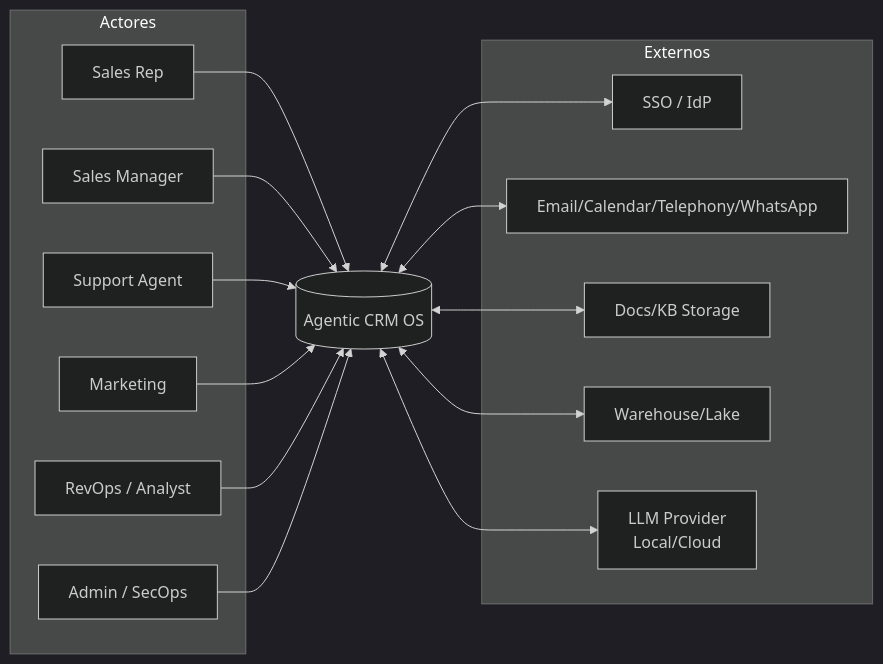
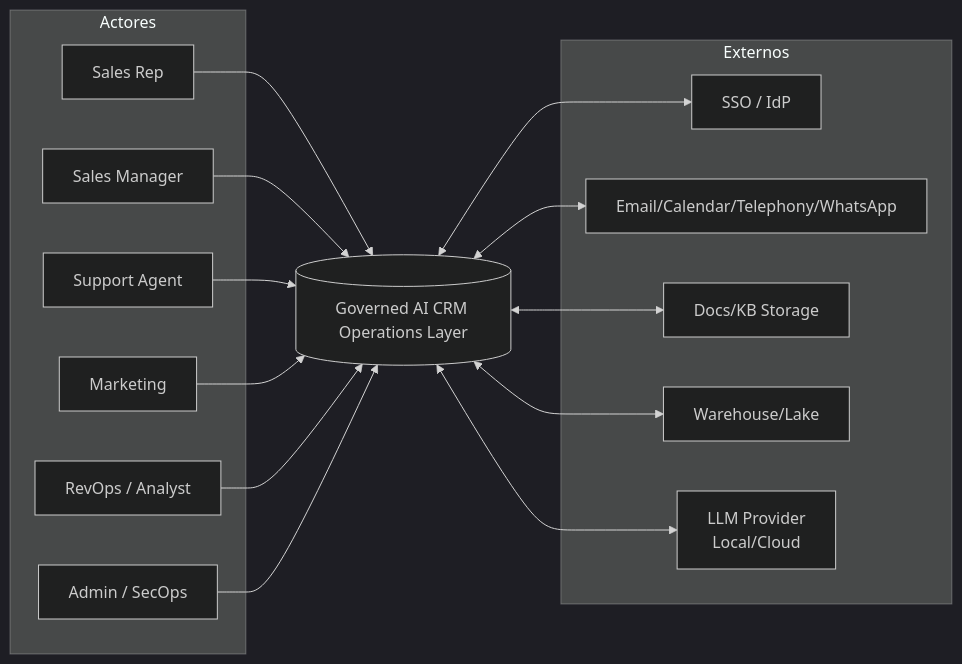
One commit to krukmat/fenix changed the first of 4 diagrams in docs/requirements.md. Above: the diagram before and after it, drawn with Mermaid (dark theme). The commit also changed other lines of this file and 38 other files, not shown here.

````diff
--- a/docs/requirements.md
+++ b/docs/requirements.md
@@ -171,34 +176,34 @@
 ```mermaid
 flowchart LR
   subgraph Actores
     SR[Sales Rep]
     SM[Sales Manager]
     SA[Support Agent]
     MM[Marketing]
     RO[RevOps / Analyst]
     ADM[Admin / SecOps]
   end
 
   subgraph Externos
     IDP[SSO / IdP]
     COMMS[Email/Calendar/Telephony/WhatsApp]
     KB[Docs/KB Storage]
     DWH[Warehouse/Lake]
     LLM[LLM Provider\nLocal/Cloud]
   end
 
-  SYS[(Agentic CRM OS)]
+  SYS[(Governed AI CRM Operations Layer)]
 
   SR --> SYS
   SM --> SYS
   SA --> SYS
   MM --> SYS
   RO --> SYS
   ADM --> SYS
 
   SYS <--> IDP
   SYS <--> COMMS
   SYS <--> KB
   SYS <--> DWH
   SYS <--> LLM
 ```
````
